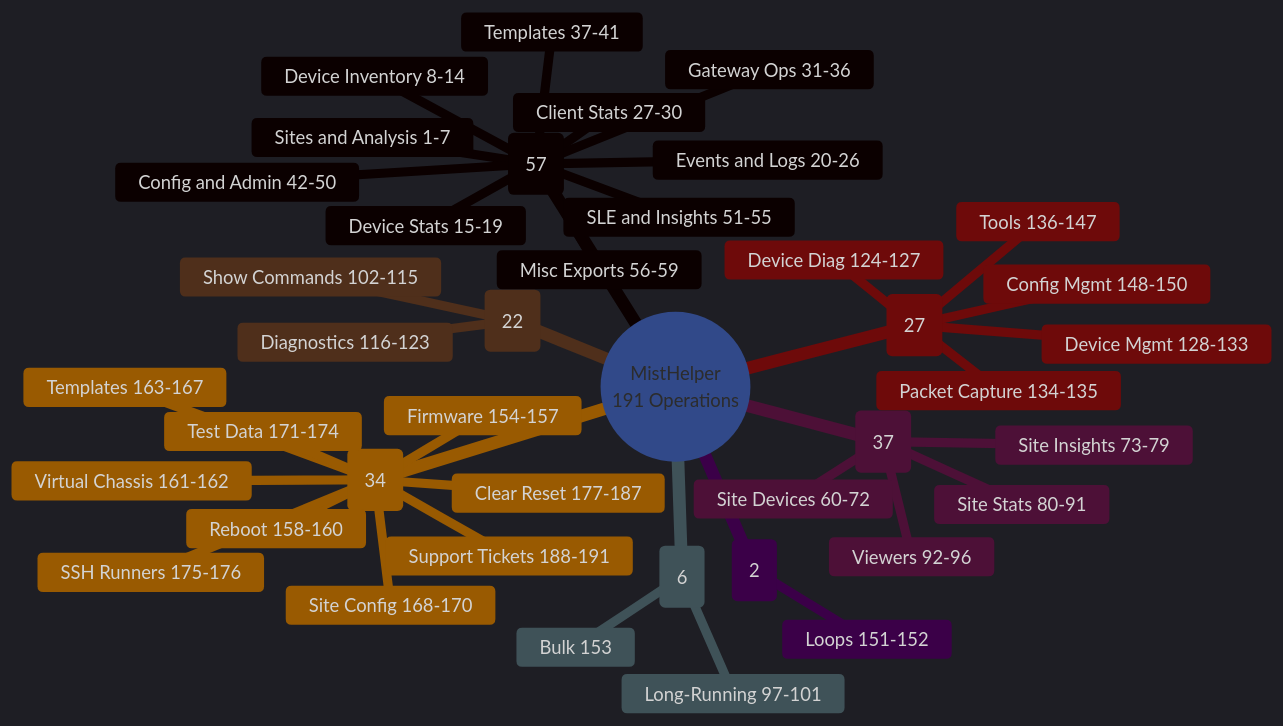
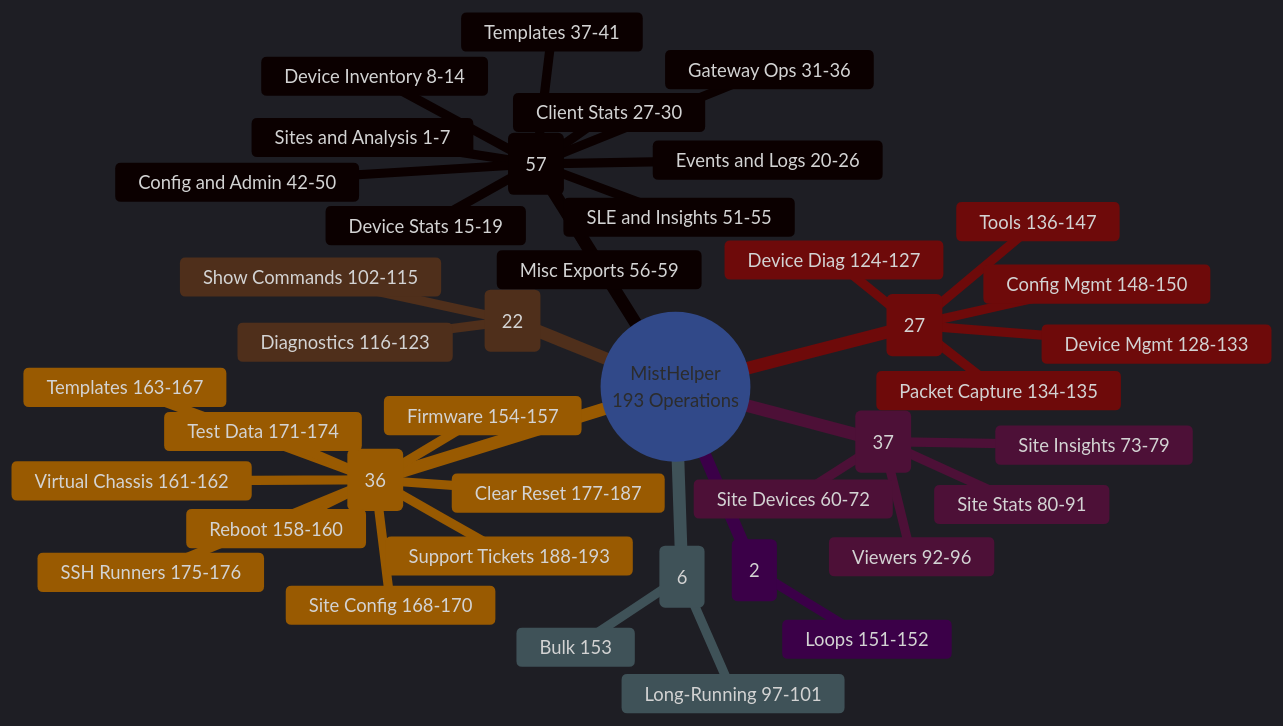
One commit to jmorrison-juniper/MistHelper changed the second of 2 diagrams in README.md. Above: the diagram before and after it, drawn with Mermaid. The commit also changed other lines of this file and 3 other files, not shown here.

````diff
--- a/README.md
+++ b/README.md
@@ -96,54 +96,54 @@
 ```mermaid
 %%{init: {'theme': 'dark', 'themeVariables': {
   'primaryColor': '#E20074',
   'primaryTextColor': '#E0E0E0',
   'primaryBorderColor': '#99004D',
   'lineColor': '#FF4DA6',
   'secondaryColor': '#16213E',
   'tertiaryColor': '#1A1A2E',
   'fontFamily': 'ui-monospace, monospace'
 }}}%%
 mindmap
-   root((MistHelper<br/>191 Operations))
+   root((MistHelper<br/>193 Operations))
     Safe Org Exports (57)
       Sites and Analysis 1-7
       Device Inventory 8-14
       Device Stats 15-19
       Events and Logs 20-26
       Client Stats 27-30
       Gateway Ops 31-36
       Templates 37-41
       Config and Admin 42-50
       SLE and Insights 51-55
       Misc Exports 56-59
     Interactive Safe (37)
       Site Devices 60-72
       Site Insights 73-79
       Site Stats 80-91
       Viewers 92-96
     Resource Intensive (6)
       Long-Running 97-101
       Bulk 153
     WebSocket (22)
       Show Commands 102-115
       Diagnostics 116-123
     Interactive (27)
       Device Diag 124-127
       Device Mgmt 128-133
       Packet Capture 134-135
       Tools 136-147
       Config Mgmt 148-150
     Continuous (2)
       Loops 151-152
-    Destructive (34)
+    Destructive (36)
       ::icon(fa fa-warning)
       Firmware 154-157
       Reboot 158-160
       Virtual Chassis 161-162
       Templates 163-167
       Site Config 168-170
       Test Data 171-174
       SSH Runners 175-176
       Clear Reset 177-187
-      Support Tickets 188-191
+      Support Tickets 188-193
 ```
````
